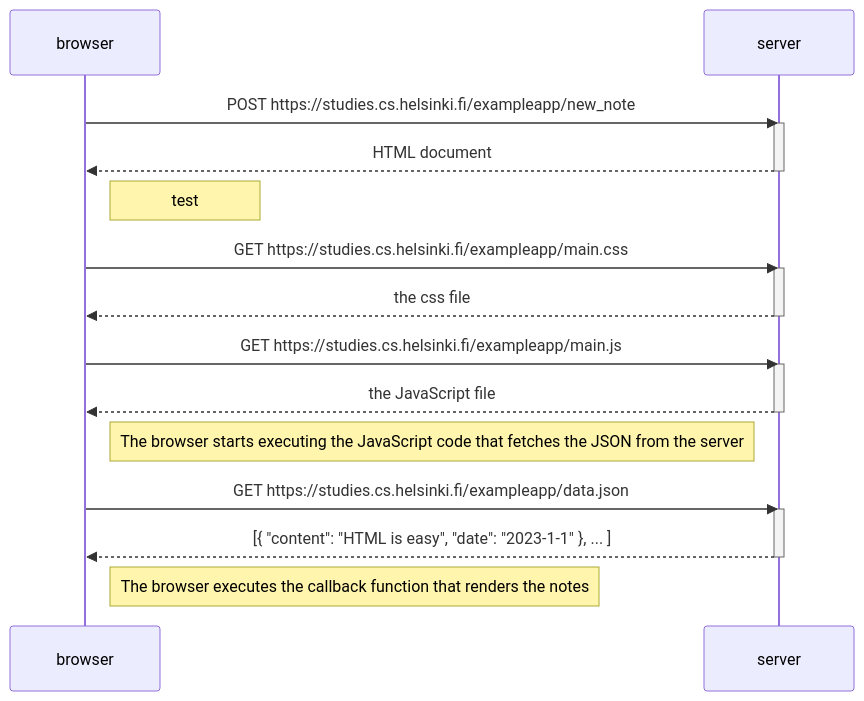
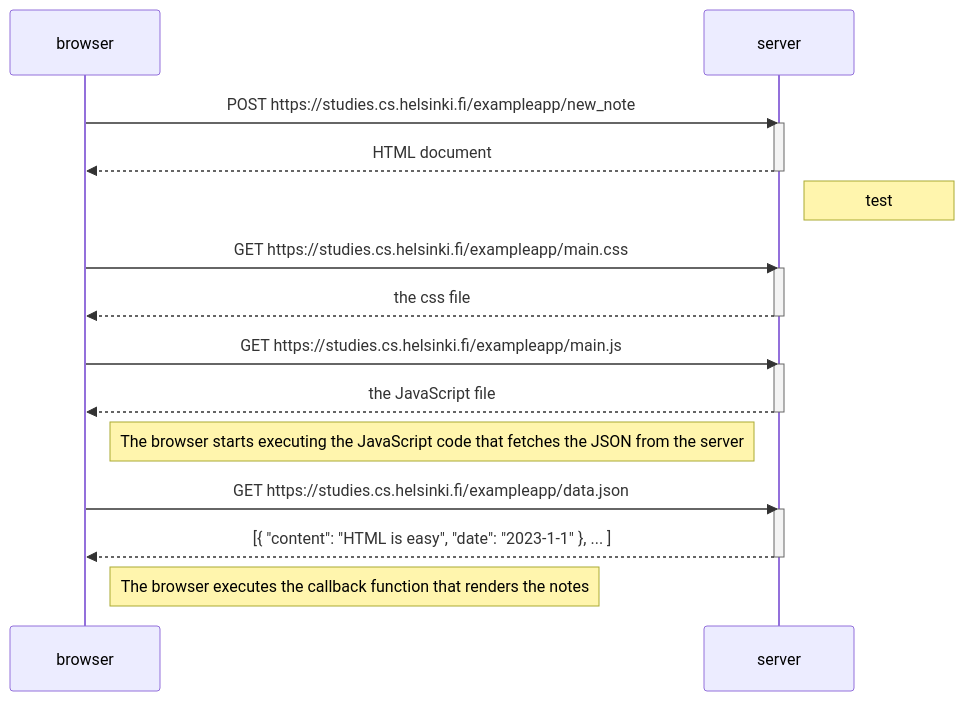
Before and after one commit to KaomN/full_stack_open: the diagram in part0/04/new_note_diagram.md, drawn with Mermaid.

````diff
--- a/part0/04/new_note_diagram.md
+++ b/part0/04/new_note_diagram.md
@@ -1,30 +1,30 @@
 ```mermaid
 sequenceDiagram
 	participant browser
 	participant server
 	
 	browser->>server: POST https://studies.cs.helsinki.fi/exampleapp/new_note
 	activate server
 	server-->>browser: HTML document
 	deactivate server
-	Note right of browser: test
+	Note right of server: test
 	
 	browser->>server: GET https://studies.cs.helsinki.fi/exampleapp/main.css
 	activate server
 	server-->>browser: the css file
 	deactivate server
 	
 	browser->>server: GET https://studies.cs.helsinki.fi/exampleapp/main.js
 	activate server
 	server-->>browser: the JavaScript file
 	deactivate server
 	
 	Note right of browser: The browser starts executing the JavaScript code that fetches the JSON from the server
 	
 	browser->>server: GET https://studies.cs.helsinki.fi/exampleapp/data.json
 	activate server
 	server-->>browser: [{ "content": "HTML is easy", "date": "2023-1-1" }, ... ]
 	deactivate server    
 
 	Note right of browser: The browser executes the callback function that renders the notes 
 ```
````
